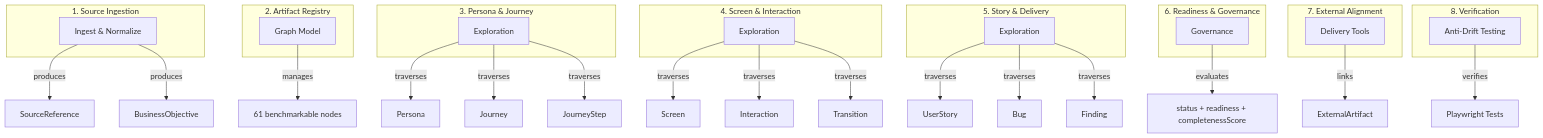
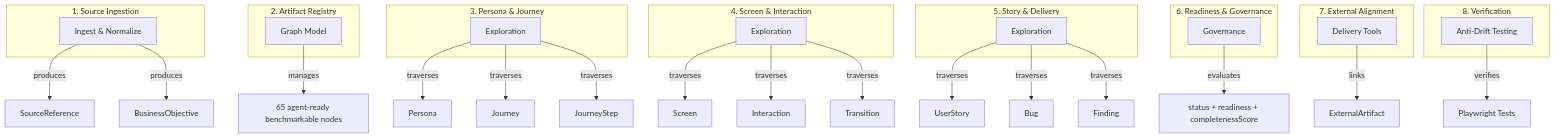
One commit to ThinkPlus-Consulting/design-hub changed the first of 4 diagrams in documentation/feature-capability-map.md. Above: the diagram before and after it, drawn with Mermaid. The commit also changed other lines of this file and 5 other files, not shown here.

First line of the commit message:
docs: propagate agent-ready model to P1/P2 documentation files

````diff
--- a/documentation/feature-capability-map.md
+++ b/documentation/feature-capability-map.md
@@ -148,37 +166,37 @@
 ```mermaid
 graph TD
     subgraph Cap1["1. Source Ingestion"]
         C1[Ingest & Normalize]
     end
     subgraph Cap2["2. Artifact Registry"]
         C2[Graph Model]
     end
     subgraph Cap3["3. Persona & Journey"]
         C3[Exploration]
     end
     subgraph Cap4["4. Screen & Interaction"]
         C4[Exploration]
     end
     subgraph Cap5["5. Story & Delivery"]
         C5[Exploration]
     end
     subgraph Cap6["6. Readiness & Governance"]
         C6[Governance]
     end
     subgraph Cap7["7. External Alignment"]
         C7[Delivery Tools]
     end
     subgraph Cap8["8. Verification"]
         C8[Anti-Drift Testing]
     end
 
     C1 -->|produces| SR[SourceReference]
     C1 -->|produces| BO[BusinessObjective]
-    C2 -->|manages| ALL["61 benchmarkable nodes"]
+    C2 -->|manages| ALL["65 agent-ready benchmarkable nodes"]
     C3 -->|traverses| PE[Persona] & JO[Journey] & JS[JourneyStep]
     C4 -->|traverses| SC[Screen] & IN[Interaction] & TR[Transition]
     C5 -->|traverses| US[UserStory] & BG[Bug] & FI[Finding]
     C6 -->|evaluates| ST["status + readiness + completenessScore"]
     C7 -->|links| EA[ExternalArtifact]
     C8 -->|verifies| PW[Playwright Tests]
 ```
````
